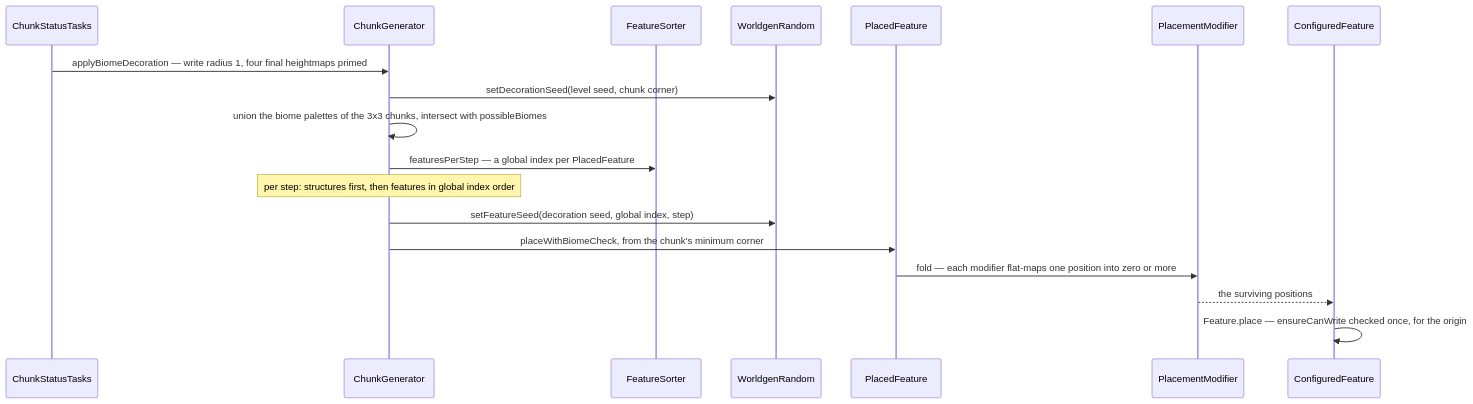
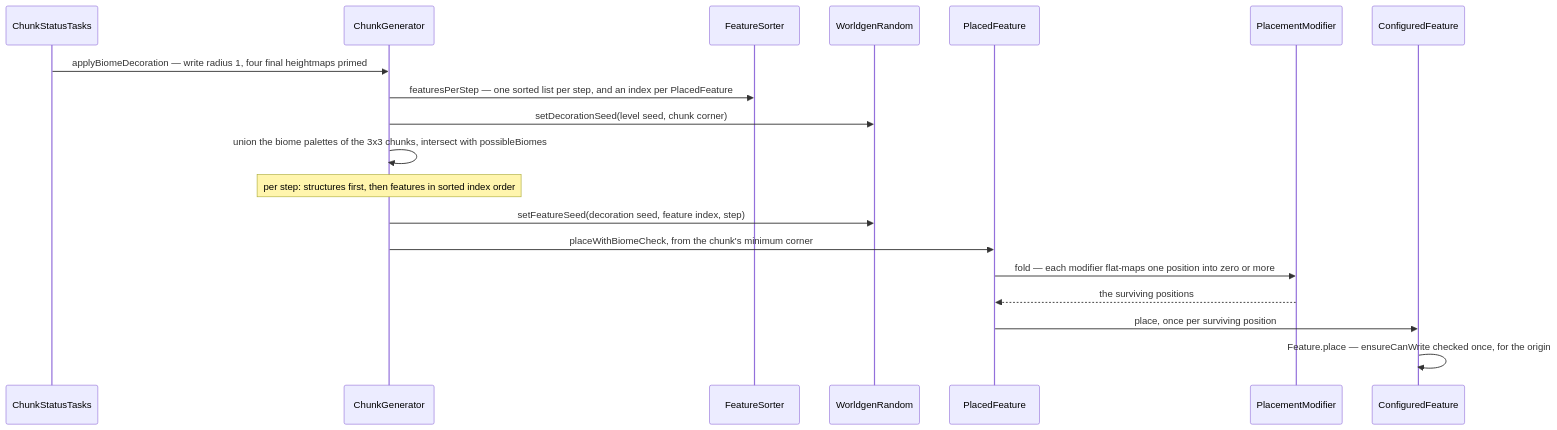
Before and after one commit to AlexanderjFraser/MinecraftDocs: the first of 2 diagrams in src/systems/worldgen/features-and-placement.md, drawn with Mermaid. The commit also changed other lines of this file, not shown here.

````diff
--- a/src/systems/worldgen/features-and-placement.md
+++ b/src/systems/worldgen/features-and-placement.md
@@ -36,21 +36,22 @@
 ```mermaid
 sequenceDiagram
     participant CST as ChunkStatusTasks
     participant ChunkG as ChunkGenerator
     participant FS as FeatureSorter
     participant WR as WorldgenRandom
     participant PlacedF as PlacedFeature
     participant PMod as PlacementModifier
     participant CF as ConfiguredFeature
 
     CST->>ChunkG: applyBiomeDecoration — write radius 1, four final heightmaps primed
+    ChunkG->>FS: featuresPerStep — one sorted list per step, and an index per PlacedFeature
     ChunkG->>WR: setDecorationSeed(level seed, chunk corner)
     ChunkG->>ChunkG: union the biome palettes of the 3x3 chunks, intersect with possibleBiomes
-    ChunkG->>FS: featuresPerStep — a global index per PlacedFeature
-    Note over ChunkG: per step: structures first, then features in global index order
-    ChunkG->>WR: setFeatureSeed(decoration seed, global index, step)
+    Note over ChunkG: per step: structures first, then features in sorted index order
+    ChunkG->>WR: setFeatureSeed(decoration seed, feature index, step)
     ChunkG->>PlacedF: placeWithBiomeCheck, from the chunk's minimum corner
     PlacedF->>PMod: fold — each modifier flat-maps one position into zero or more
-    PMod-->>CF: the surviving positions
+    PMod-->>PlacedF: the surviving positions
+    PlacedF->>CF: place, once per surviving position
     CF->>CF: Feature.place — ensureCanWrite checked once, for the origin
 ```
````
